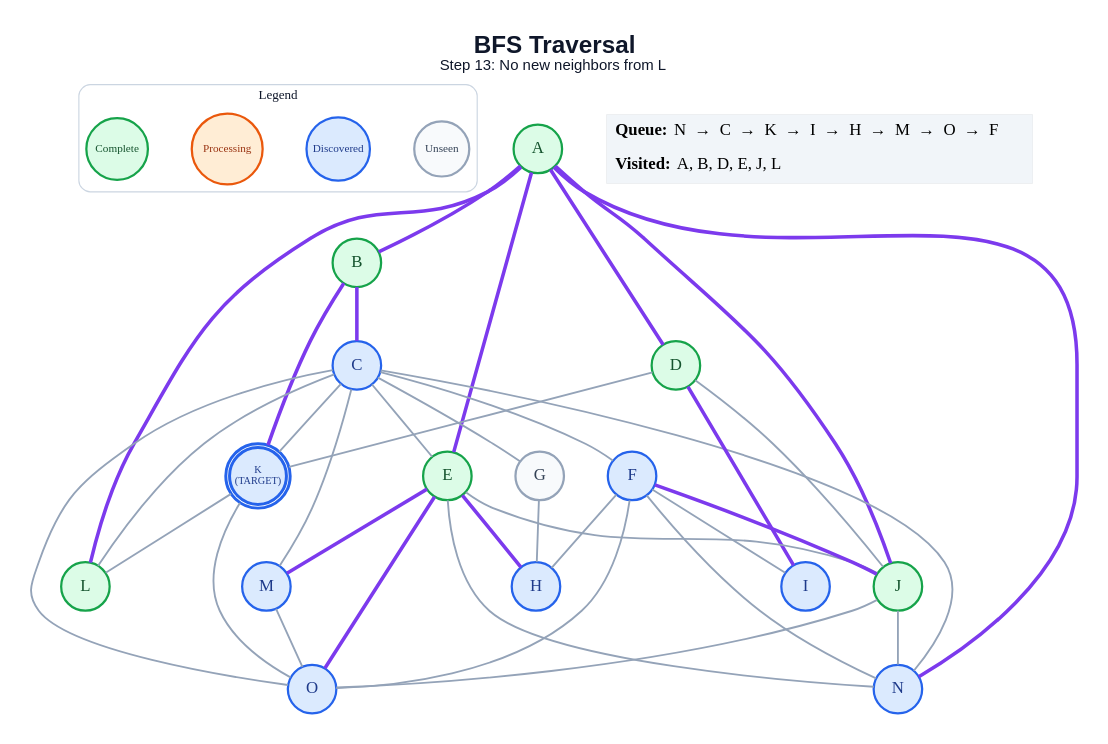
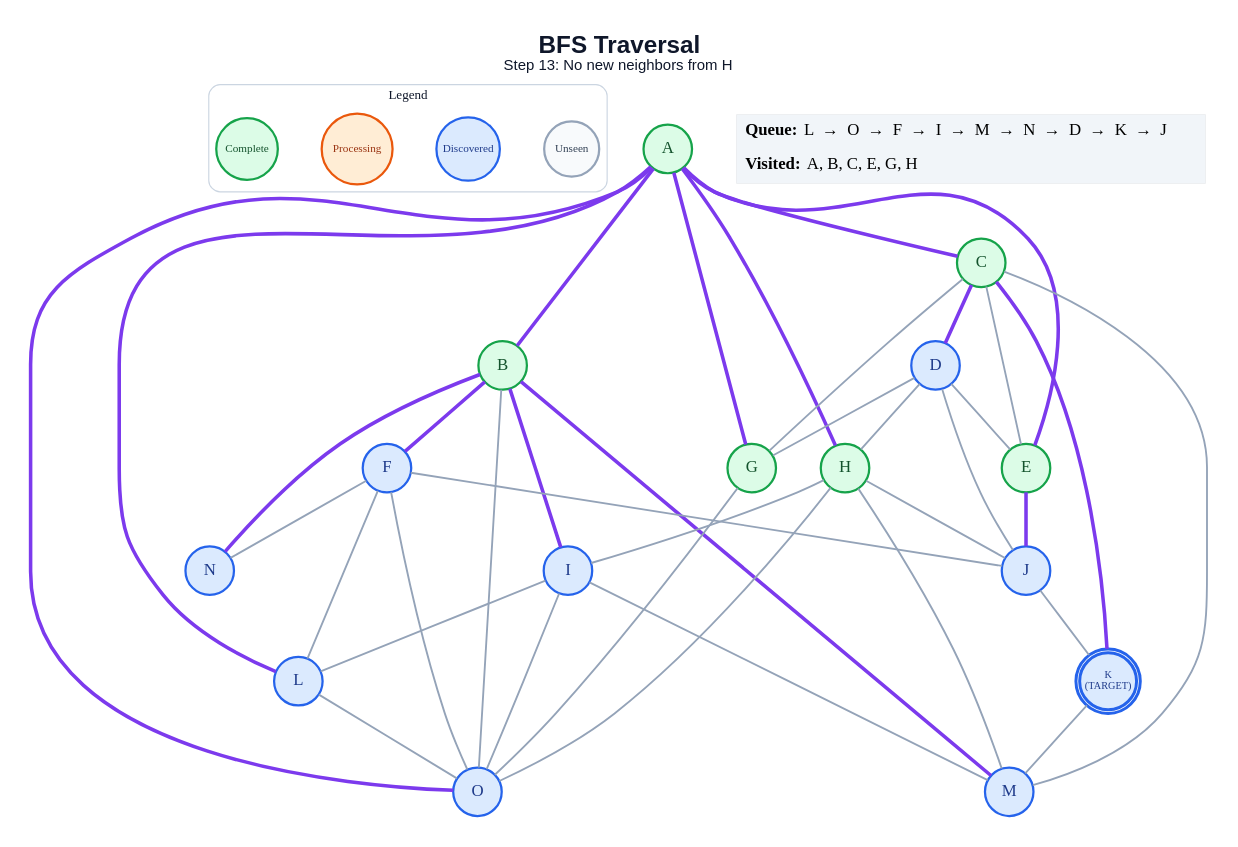
One commit to anon7238593-create/ai-slop changed the diagram in generated/specific-node/bfs/step_13.dot. Above: the diagram before and after it, drawn with Graphviz. The commit also changed 257 other files, not shown here.

```diff
--- a/generated/specific-node/bfs/step_13.dot
+++ b/generated/specific-node/bfs/step_13.dot
@@ -1,69 +1,71 @@
 graph traversal {
   graph [layout=dot, rankdir=TB, bgcolor="#FFFFFF", pad="0.35", nodesep="0.65", ranksep="0.8", fontname="Arial"];
   node [shape=circle, style="filled", fontname="Arial Bold", fontsize=18, width=0.72, fixedsize=true, penwidth=2.4];
   edge [color="#94A3B8", penwidth=2.0];
-  label=<<B>BFS Traversal</B><BR/><FONT POINT-SIZE="16">Step 13: No new neighbors from L</FONT>>; labelloc="t"; fontsize=26; fontname="Arial"; fontcolor="#0F172A";
+  label=<<B>BFS Traversal</B><BR/><FONT POINT-SIZE="16">Step 13: No new neighbors from H</FONT>>; labelloc="t"; fontsize=26; fontname="Arial"; fontcolor="#0F172A";
   subgraph cluster_legend { label="Legend"; color="#CBD5E1"; penwidth=1.2; style="rounded"; fontsize=14; fontname="Arial Bold";
     key_unseen [label="Unseen", fillcolor="#F8FAFC", color="#94A3B8", fontcolor="#334155", fontsize=12, width=0.82];
     key_frontier [label="Discovered", fillcolor="#DBEAFE", color="#2563EB", fontcolor="#1E3A8A", fontsize=12, width=0.95];
     key_current [label="Processing", fillcolor="#FFEDD5", color="#EA580C", fontcolor="#9A3412", fontsize=12, width=1.05];
     key_done [label="Complete", fillcolor="#DCFCE7", color="#16A34A", fontcolor="#14532D", fontsize=12, width=0.92];
     { rank=same; key_unseen; key_frontier; key_current; key_done; }
   }
   A [label="A", fillcolor="#DCFCE7", color="#16A34A", fontcolor="#14532D", peripheries=1, penwidth=2.4];
   B [label="B", fillcolor="#DCFCE7", color="#16A34A", fontcolor="#14532D", peripheries=1, penwidth=2.4];
-  C [label="C", fillcolor="#DBEAFE", color="#2563EB", fontcolor="#1E3A8A", peripheries=1, penwidth=2.4];
-  D [label="D", fillcolor="#DCFCE7", color="#16A34A", fontcolor="#14532D", peripheries=1, penwidth=2.4];
+  C [label="C", fillcolor="#DCFCE7", color="#16A34A", fontcolor="#14532D", peripheries=1, penwidth=2.4];
+  D [label="D", fillcolor="#DBEAFE", color="#2563EB", fontcolor="#1E3A8A", peripheries=1, penwidth=2.4];
   E [label="E", fillcolor="#DCFCE7", color="#16A34A", fontcolor="#14532D", peripheries=1, penwidth=2.4];
   F [label="F", fillcolor="#DBEAFE", color="#2563EB", fontcolor="#1E3A8A", peripheries=1, penwidth=2.4];
-  G [label="G", fillcolor="#F8FAFC", color="#94A3B8", fontcolor="#334155", peripheries=1, penwidth=2.4];
-  H [label="H", fillcolor="#DBEAFE", color="#2563EB", fontcolor="#1E3A8A", peripheries=1, penwidth=2.4];
+  G [label="G", fillcolor="#DCFCE7", color="#16A34A", fontcolor="#14532D", peripheries=1, penwidth=2.4];
+  H [label="H", fillcolor="#DCFCE7", color="#16A34A", fontcolor="#14532D", peripheries=1, penwidth=2.4];
   I [label="I", fillcolor="#DBEAFE", color="#2563EB", fontcolor="#1E3A8A", peripheries=1, penwidth=2.4];
-  J [label="J", fillcolor="#DCFCE7", color="#16A34A", fontcolor="#14532D", peripheries=1, penwidth=2.4];
+  J [label="J", fillcolor="#DBEAFE", color="#2563EB", fontcolor="#1E3A8A", peripheries=1, penwidth=2.4];
   K [label="K\n(TARGET)", fillcolor="#DBEAFE", color="#2563EB", fontcolor="#1E3A8A", peripheries=2, penwidth=3.2, fontsize=11, width=0.85, height=0.85];
-  L [label="L", fillcolor="#DCFCE7", color="#16A34A", fontcolor="#14532D", peripheries=1, penwidth=2.4];
+  L [label="L", fillcolor="#DBEAFE", color="#2563EB", fontcolor="#1E3A8A", peripheries=1, penwidth=2.4];
   M [label="M", fillcolor="#DBEAFE", color="#2563EB", fontcolor="#1E3A8A", peripheries=1, penwidth=2.4];
   N [label="N", fillcolor="#DBEAFE", color="#2563EB", fontcolor="#1E3A8A", peripheries=1, penwidth=2.4];
   O [label="O", fillcolor="#DBEAFE", color="#2563EB", fontcolor="#1E3A8A", peripheries=1, penwidth=2.4];
   A -- B [color="#7C3AED", penwidth=3.8];
-  A -- D [color="#7C3AED", penwidth=3.8];
+  A -- C [color="#7C3AED", penwidth=3.8];
   A -- E [color="#7C3AED", penwidth=3.8];
-  A -- J [color="#7C3AED", penwidth=3.8];
+  A -- G [color="#7C3AED", penwidth=3.8];
+  A -- H [color="#7C3AED", penwidth=3.8];
   A -- L [color="#7C3AED", penwidth=3.8];
-  A -- N [color="#7C3AED", penwidth=3.8];
-  B -- C [color="#7C3AED", penwidth=3.8];
-  B -- K [color="#7C3AED", penwidth=3.8];
+  A -- O [color="#7C3AED", penwidth=3.8];
+  B -- F [color="#7C3AED", penwidth=3.8];
+  B -- I [color="#7C3AED", penwidth=3.8];
+  B -- M [color="#7C3AED", penwidth=3.8];
+  B -- N [color="#7C3AED", penwidth=3.8];
+  B -- O;
+  C -- D [color="#7C3AED", penwidth=3.8];
   C -- E;
-  C -- F;
   C -- G;
-  C -- K;
-  C -- L;
+  C -- K [color="#7C3AED", penwidth=3.8];
   C -- M;
-  C -- N;
-  C -- O;
-  D -- I [color="#7C3AED", penwidth=3.8];
+  D -- E;
+  D -- G;
+  D -- H;
   D -- J;
-  D -- K;
-  E -- H [color="#7C3AED", penwidth=3.8];
-  E -- J;
-  E -- M [color="#7C3AED", penwidth=3.8];
-  E -- N;
-  E -- O [color="#7C3AED", penwidth=3.8];
-  F -- H;
-  F -- I;
-  F -- J [color="#7C3AED", penwidth=3.8];
+  E -- J [color="#7C3AED", penwidth=3.8];
+  F -- J;
+  F -- L;
   F -- N;
   F -- O;
-  G -- H;
-  J -- N;
-  J -- O;
-  K -- L;
-  K -- O;
-  M -- O;
+  G -- O;
+  H -- I;
+  H -- J;
+  H -- M;
+  H -- O;
+  I -- L;
+  I -- M;
+  I -- O;
+  J -- K;
+  K -- M;
+  L -- O;
   status [shape=plain, fixedsize=false, width=0, height=0, margin=0, label=<
     <TABLE BORDER="0" CELLBORDER="0" CELLPADDING="7" BGCOLOR="#F1F5F9">
-      <TR><TD ALIGN="LEFT"><B>Queue:</B> N  →  C  →  K  →  I  →  H  →  M  →  O  →  F</TD></TR>
-      <TR><TD ALIGN="LEFT"><B>Visited:</B> A, B, D, E, J, L</TD></TR>
+      <TR><TD ALIGN="LEFT"><B>Queue:</B> L  →  O  →  F  →  I  →  M  →  N  →  D  →  K  →  J</TD></TR>
+      <TR><TD ALIGN="LEFT"><B>Visited:</B> A, B, C, E, G, H</TD></TR>
     </TABLE>
   >];
 }
```
